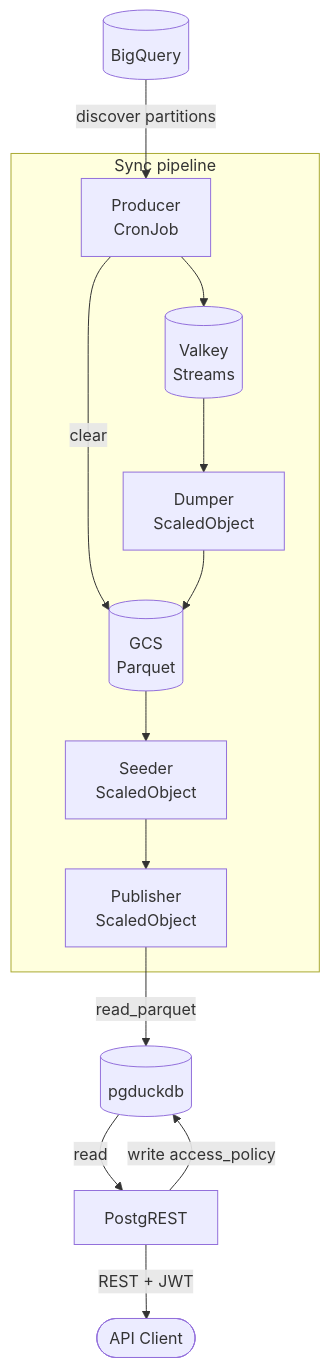
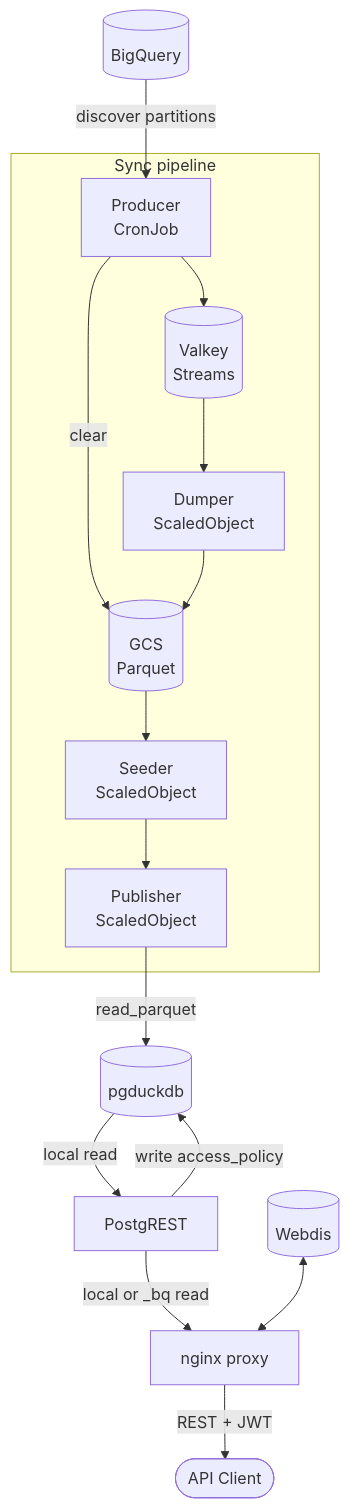
The first of 2 diagrams in docs/architecture.md (prefeitura-rio/data-proxy), drawn with Mermaid before and after one commit. The commit also changed other lines of this file and 11 other files, not shown here.

````diff
--- a/docs/architecture.md
+++ b/docs/architecture.md
@@ -44,19 +46,21 @@
 ```mermaid
 flowchart TD
     BQ[(BigQuery)]
     R[(Valkey\nStreams)]
     GCS[(GCS\nParquet)]
     DB[(pgduckdb)]
 
     subgraph pipeline[Sync pipeline]
         P[Producer\nCronJob] --> R --> W[Dumper\nScaledObject]
         P -->|clear| GCS
         W --> GCS --> S[Seeder\nScaledObject] --> FIN[Publisher\nScaledObject]
     end
 
     BQ -->|discover partitions| P
     FIN -->|read_parquet| DB
-    DB -->|read| PGRST[PostgREST]
+    DB -->|local read| PGRST[PostgREST]
+    PGRST -->|local or _bq read| Proxy[nginx proxy]
+    Cache[(Webdis)] <--> Proxy
     PGRST -->|write access_policy| DB
-    PGRST -->|REST + JWT| Client([API Client])
+    Proxy -->|REST + JWT| Client([API Client])
 ```
````
